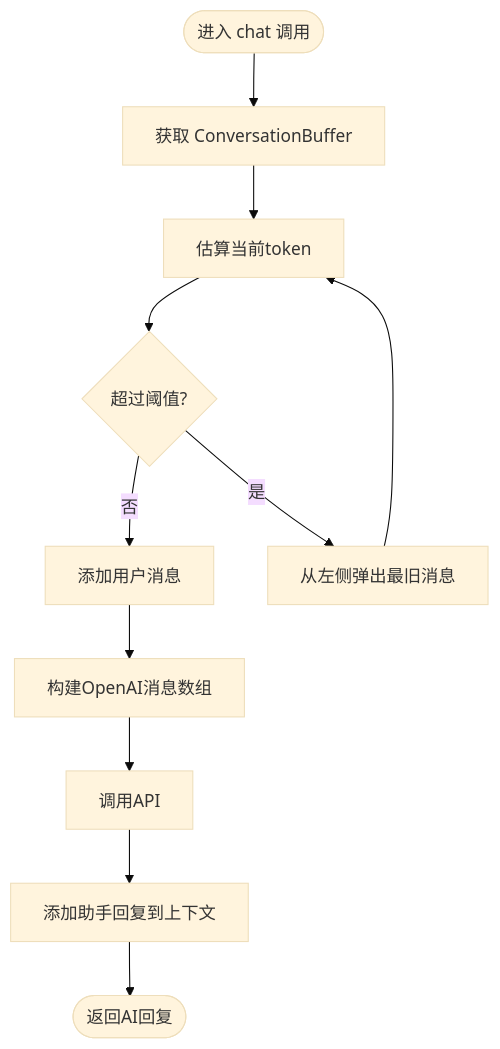
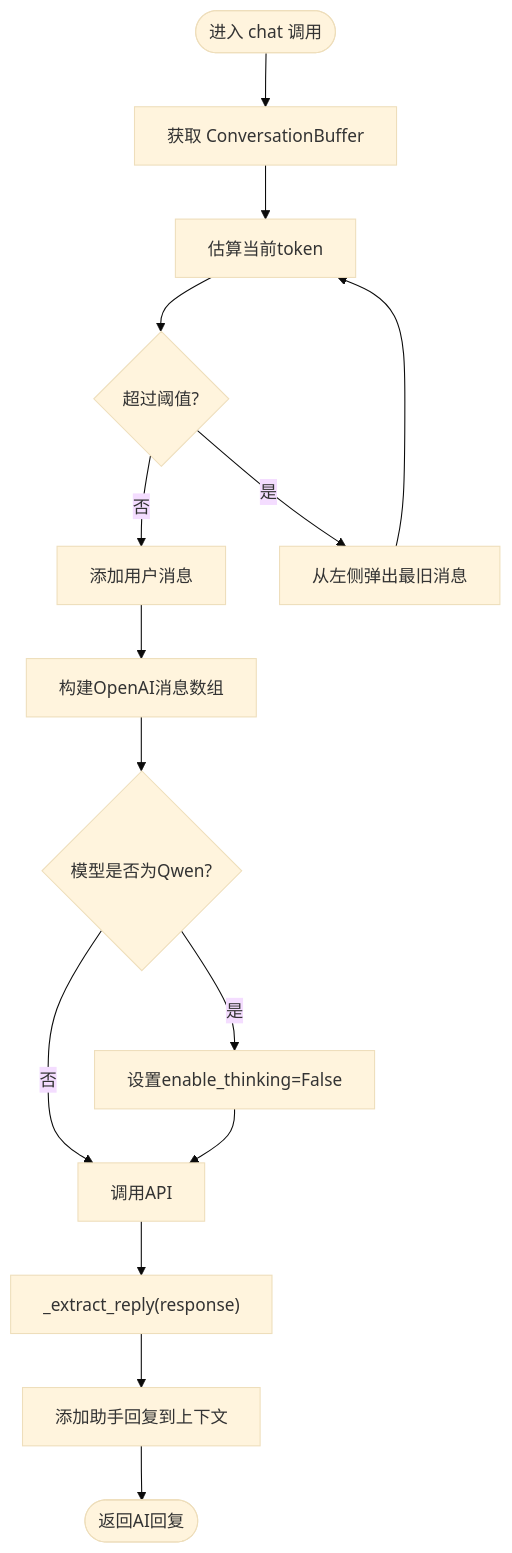
The fifth of 8 diagrams in .qoder/repowiki/zh/content/AI聊天服务/AI聊天服务.md (GhoulOwl/Teamspeak3_Bot), drawn with Mermaid (base theme) before and after one commit. The commit also changed other lines of this file and 13 other files, not shown here.

````diff
--- a/.qoder/repowiki/zh/content/AI聊天服务/AI聊天服务.md
+++ b/.qoder/repowiki/zh/content/AI聊天服务/AI聊天服务.md
@@ -255,13 +277,17 @@
 ```mermaid
 flowchart TD
 Enter(["进入 chat 调用"]) --> GetBuf["获取 ConversationBuffer"]
 GetBuf --> Estimate["估算当前token"]
 Estimate --> Over{"超过阈值?"}
 Over -- 否 --> AddUser["添加用户消息"]
 Over -- 是 --> Trim["从左侧弹出最旧消息"]
 Trim --> Estimate
 AddUser --> BuildMsg["构建OpenAI消息数组"]
-BuildMsg --> CallAPI["调用API"]
-CallAPI --> AddAssist["添加助手回复到上下文"]
+BuildMsg --> CheckModel{"模型是否为Qwen?"}
+CheckModel -- 是 --> SetParam["设置enable_thinking=False"]
+CheckModel -- 否 --> CallAPI["调用API"]
+SetParam --> CallAPI
+CallAPI --> ExtractReply["_extract_reply(response)"]
+ExtractReply --> AddAssist["添加助手回复到上下文"]
 AddAssist --> Return(["返回AI回复"])
 ```
````
